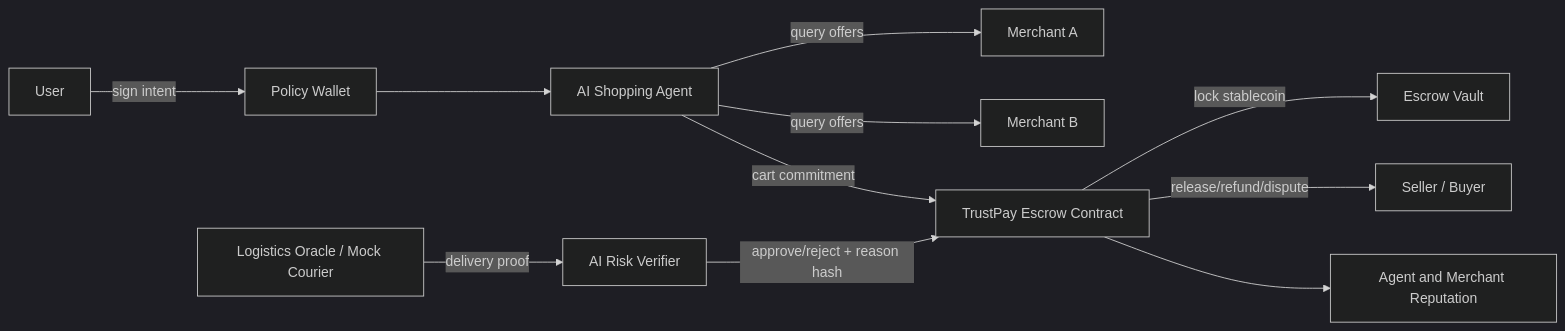
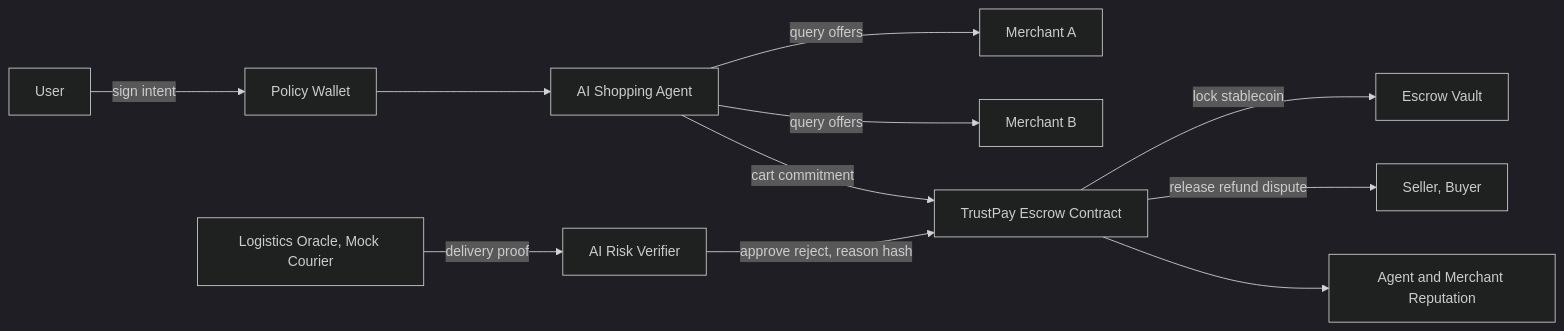
One commit to GifariKemal/wattsettle changed the diagram in docs/Codex Opsi 7 8/Deep Analysis.md. Above: the diagram before and after it, drawn with Mermaid (dark theme). The commit also changed other lines of this file and 10 other files, not shown here.

First line of the commit message:
docs: badge shields.io di semua doc + perbaiki mermaid agar render di GitHub

````diff
--- a/docs/Codex Opsi 7 8/Deep Analysis.md
+++ b/docs/Codex Opsi 7 8/Deep Analysis.md
@@ -288,13 +282,13 @@
 ```mermaid
 flowchart LR
-  U[User] -->|sign intent| W[Policy Wallet]
-  W --> A[AI Shopping Agent]
-  A -->|query offers| M1[Merchant A]
-  A -->|query offers| M2[Merchant B]
-  A -->|cart commitment| C[TrustPay Escrow Contract]
-  C -->|lock stablecoin| E[Escrow Vault]
-  L[Logistics Oracle / Mock Courier] -->|delivery proof| V[AI Risk Verifier]
-  V -->|approve/reject + reason hash| C
-  C -->|release/refund/dispute| S[Seller / Buyer]
-  C --> R[Agent and Merchant Reputation]
+  U["User"] -->|sign intent| W["Policy Wallet"]
+  W --> A["AI Shopping Agent"]
+  A -->|query offers| M1["Merchant A"]
+  A -->|query offers| M2["Merchant B"]
+  A -->|cart commitment| C["TrustPay Escrow Contract"]
+  C -->|lock stablecoin| E["Escrow Vault"]
+  L["Logistics Oracle, Mock Courier"] -->|delivery proof| V["AI Risk Verifier"]
+  V -->|approve reject, reason hash| C
+  C -->|release refund dispute| S["Seller, Buyer"]
+  C --> R["Agent and Merchant Reputation"]
 ```
````
